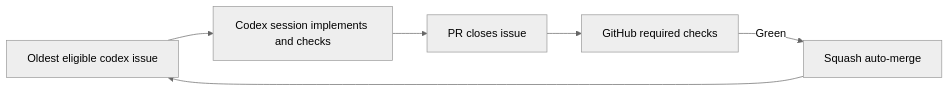
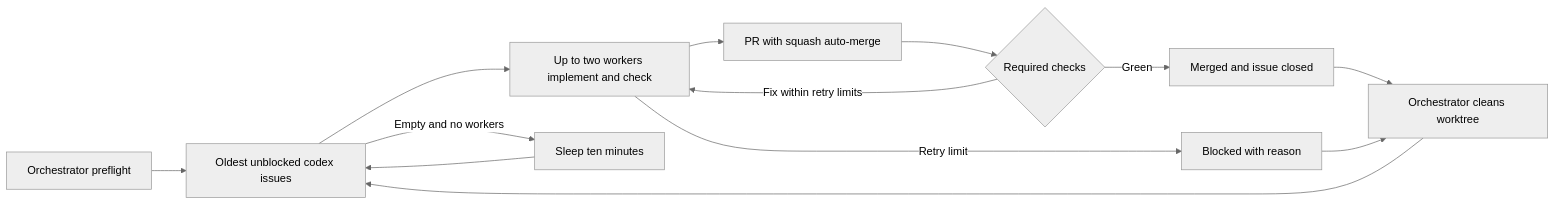
Before and after one commit to dgmolla/fitsy: the diagram in docs/engineering/devops/shipping-flow.md, drawn with Mermaid (neutral theme). The commit also changed other lines of this file and 1 other file, not shown here.

Commit message:
docs: define loop v3 orchestrator and per-issue workers

````diff
--- a/docs/engineering/devops/shipping-flow.md
+++ b/docs/engineering/devops/shipping-flow.md
@@ -9,8 +10,15 @@
 ```mermaid
 flowchart LR
-    I[Oldest eligible codex issue] --> C[Codex session implements and checks]
-    C --> P[PR closes issue]
-    P --> G[GitHub required checks]
-    G -->|Green| M[Squash auto-merge]
-    M --> I
+    O[Orchestrator preflight] --> I[Oldest unblocked codex issues]
+    I --> W[Up to two workers implement and check]
+    W --> P[PR with squash auto-merge]
+    P --> G{Required checks}
+    G -->|Fix within retry limits| W
+    G -->|Green| M[Merged and issue closed]
+    W -->|Retry limit| B[Blocked with reason]
+    M --> C[Orchestrator cleans worktree]
+    B --> C
+    C --> I
+    I -->|Empty and no workers| S[Sleep ten minutes]
+    S --> I
 ```
````
